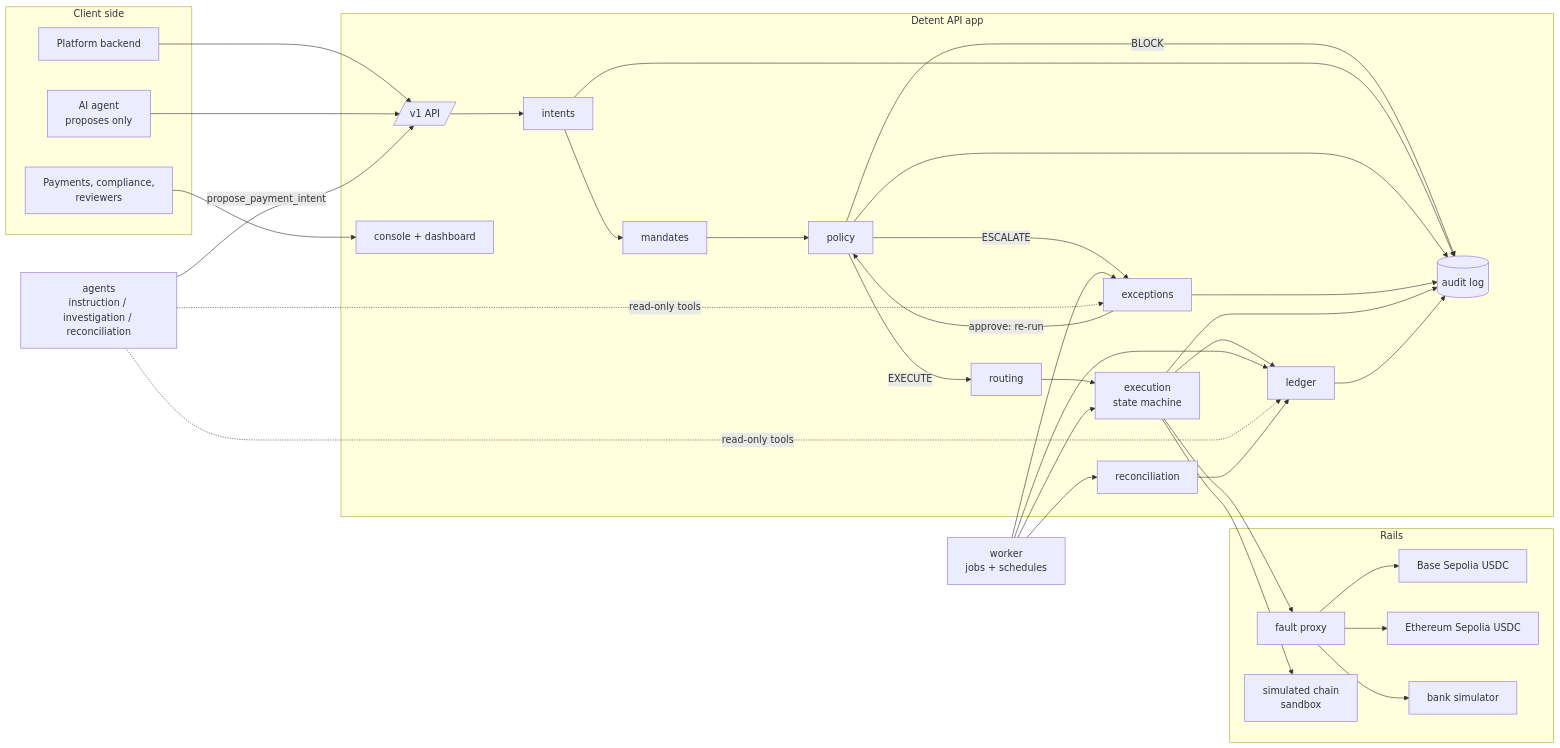
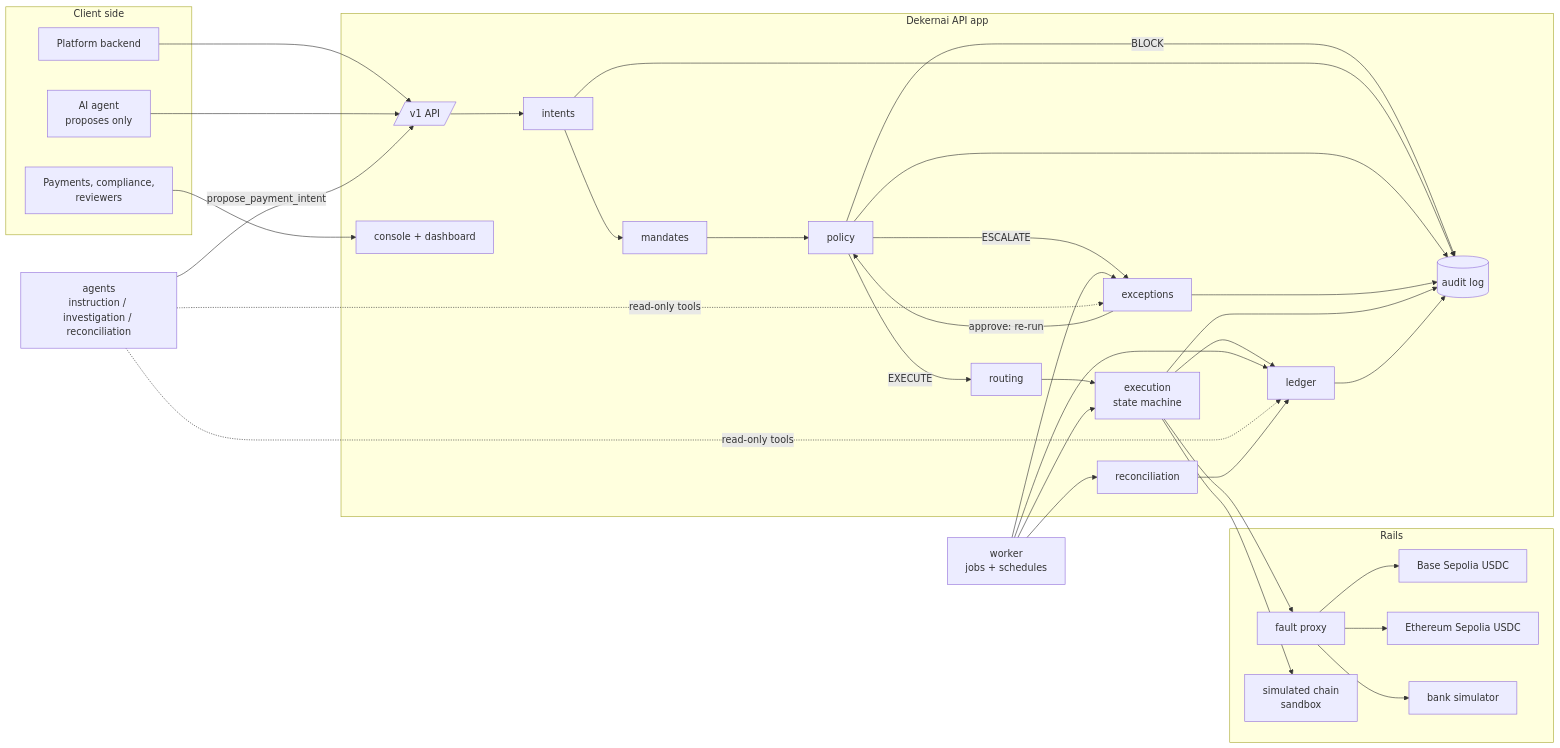
The first of 2 diagrams in spec/01-architecture.md (Payaml3/detent-mvp), drawn with Mermaid before and after one commit. The commit also changed other lines of this file and 82 other files, not shown here.

First line of the commit message:
B-01: rename the product from Detent to Dekernai

````diff
--- a/spec/01-architecture.md
+++ b/spec/01-architecture.md
@@ -9,46 +9,46 @@
 ```mermaid
 flowchart LR
   subgraph Client side
     PLAT[Platform backend]
     AGENT[AI agent<br/>proposes only]
     STAFF[Payments, compliance,<br/>reviewers]
   end
-  subgraph Detent API app
+  subgraph Dekernai API app
     API[/v1 API/]
     INT[intents]
     MND[mandates]
     POL[policy]
     EXC[exceptions]
     EXE[execution<br/>state machine]
     RTE[routing]
     LED[ledger]
     REC[reconciliation]
     AUD[(audit log)]
     CON[console + dashboard]
   end
   WRK[worker<br/>jobs + schedules]
   AGTS[agents<br/>instruction / investigation / reconciliation]
   subgraph Rails
     FP[fault proxy]
     BASE[Base Sepolia USDC]
     ETH[Ethereum Sepolia USDC]
     BANK[bank simulator]
     SIM[simulated chain<br/>sandbox]
   end
   PLAT --> API
   AGENT --> API
   STAFF --> CON
   API --> INT --> MND --> POL
   POL -->|EXECUTE| RTE --> EXE
   POL -->|ESCALATE| EXC
   POL -->|BLOCK| AUD
   EXC -->|approve: re-run| POL
   EXE --> FP --> BASE & ETH & BANK
   EXE --> SIM
   EXE --> LED
   WRK --> EXE & EXC & REC & LED
   AGTS -. read-only tools .-> LED & EXC
   AGTS -->|propose_payment_intent| API
   REC --> LED
   INT & POL & EXC & EXE & LED --> AUD
 ```
````
